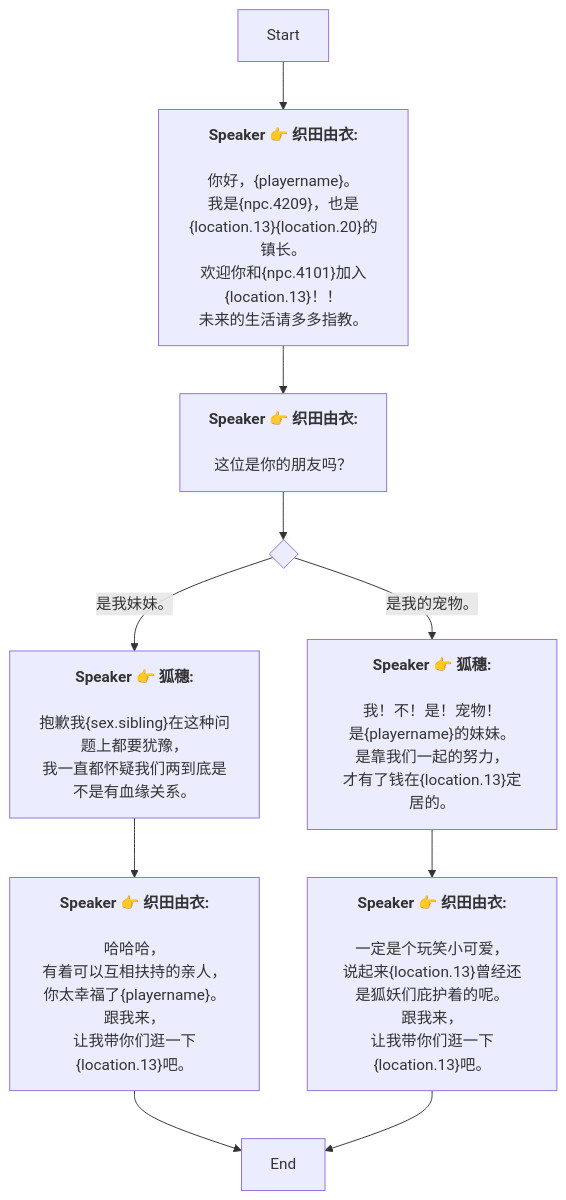
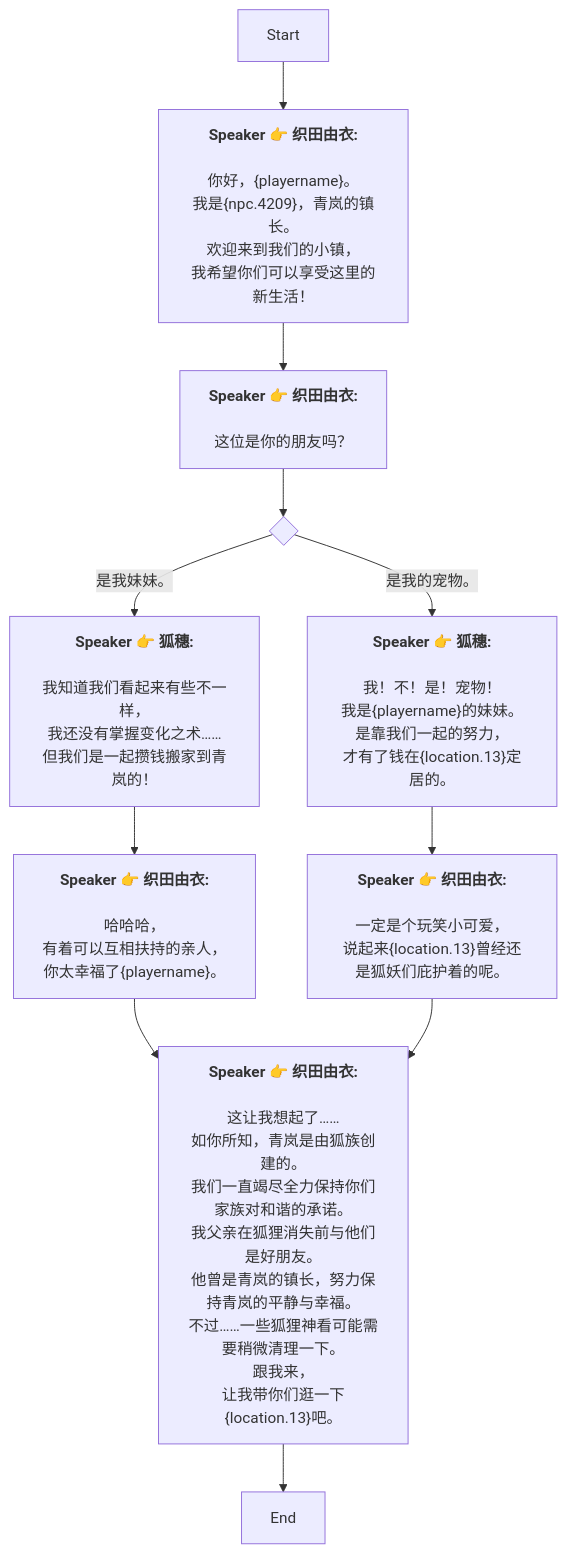
Before and after one commit to SoftHu/tos_avg: the diagram in Zh/QuestStartTalkENode_1741755357507828.md, drawn with Mermaid. The commit also changed 228 other files, not shown here.

````diff
--- a/Zh/QuestStartTalkENode_1741755357507828.md
+++ b/Zh/QuestStartTalkENode_1741755357507828.md
@@ -1,39 +1,55 @@
 ```mermaid
 graph
 Start -->1741755494745335[<b>Speaker 👉 织田由衣:</b>
 
 你好，&lbrace;playername&rbrace;。
-我是&lbrace;npc.4209&rbrace;，也是&lbrace;location.13&rbrace;&lbrace;location.20&rbrace;的镇长。
-欢迎你和&lbrace;npc.4101&rbrace;加入&lbrace;location.13&rbrace;！！
-未来的生活请多多指教。]
+我是&lbrace;npc.4209&rbrace;，青岚的镇长。
+欢迎来到我们的小镇，
+我希望你们可以享受这里的新生活！]
 1741755494745335 -->1741756528441605[<b>Speaker 👉 织田由衣:</b>
 
 这位是你的朋友吗？]
 1741756528441605 -->1741757031856437{ }
 1741757031856437 -->|是我妹妹。|1741757163471162[<b>Speaker 👉 狐穗:</b>
 
-抱歉我&lbrace;sex.sibling&rbrace;在这种问题上都要犹豫，
-我一直都怀疑我们两到底是不是有血缘关系。]
+我知道我们看起来有些不一样，
+我还没有掌握变化之术……
+但我们是一起攒钱搬家到青岚的！]
 1741757031856437 -->|是我的宠物。|1741756575679750[<b>Speaker 👉 狐穗:</b>
 
 我！不！是！宠物！
-是&lbrace;playername&rbrace;的妹妹。
+我是&lbrace;playername&rbrace;的妹妹。
 是靠我们一起的努力，
 才有了钱在&lbrace;location.13&rbrace;定居的。]
 1741757163471162 -->1741757234370875[<b>Speaker 👉 织田由衣:</b>
 
 哈哈哈，
 有着可以互相扶持的亲人，
-你太幸福了&lbrace;playername&rbrace;。
+你太幸福了&lbrace;playername&rbrace;。]
+1741757234370875 -->1768723299440528[<b>Speaker 👉 织田由衣:</b>
+
+这让我想起了……
+如你所知，青岚是由狐族创建的。
+我们一直竭尽全力保持你们家族对和谐的承诺。
+我父亲在狐狸消失前与他们是好朋友。
+他曾是青岚的镇长，努力保持青岚的平静与幸福。
+不过……一些狐狸神看可能需要稍微清理一下。
 跟我来，
 让我带你们逛一下&lbrace;location.13&rbrace;吧。]
-1741757234370875 -->1741757282187580[End]
+1768723299440528 -->1741757282187580[End]
 1741756575679750 -->1741756780871988[<b>Speaker 👉 织田由衣:</b>
 
 一定是个玩笑小可爱，
-说起来&lbrace;location.13&rbrace;曾经还是狐妖们庇护着的呢。
+说起来&lbrace;location.13&rbrace;曾经还是狐妖们庇护着的呢。]
+1741756780871988 -->1768723299440528[<b>Speaker 👉 织田由衣:</b>
+
+这让我想起了……
+如你所知，青岚是由狐族创建的。
+我们一直竭尽全力保持你们家族对和谐的承诺。
+我父亲在狐狸消失前与他们是好朋友。
+他曾是青岚的镇长，努力保持青岚的平静与幸福。
+不过……一些狐狸神看可能需要稍微清理一下。
 跟我来，
 让我带你们逛一下&lbrace;location.13&rbrace;吧。]
-1741756780871988 -->1741757282187580[End]
 
  ```
````
